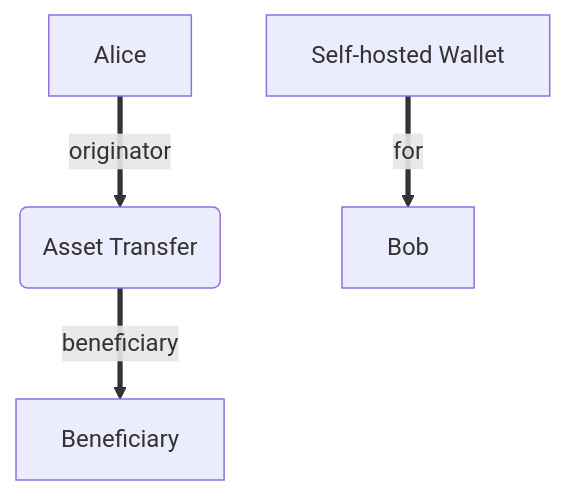
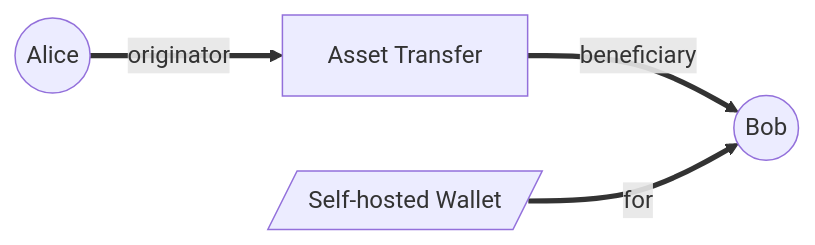
Before and after one commit to TransactionAuthorizationProtocol/TAIPs: the eighth of 22 diagrams in Whitepaper.md, drawn with Mermaid. The commit also changed other lines of this file, not shown here.

````diff
--- a/Whitepaper.md
+++ b/Whitepaper.md
@@ -372,6 +371,6 @@
 ```mermaid
-graph TD
-    Originator[Alice] ==>|originator| Transfer(Asset Transfer)
-    Transfer ==>|beneficiary| Beneficiary
-    Wallet[Self-hosted Wallet] ==>|for| Bob
+graph LR
+    Originator((Alice)) ==>|originator| Transfer[Asset Transfer]
+    Transfer ==>|beneficiary| Beneficiary((Bob))
+    Wallet[/Self-hosted Wallet/] ==>|for| Beneficiary
 ```
````
